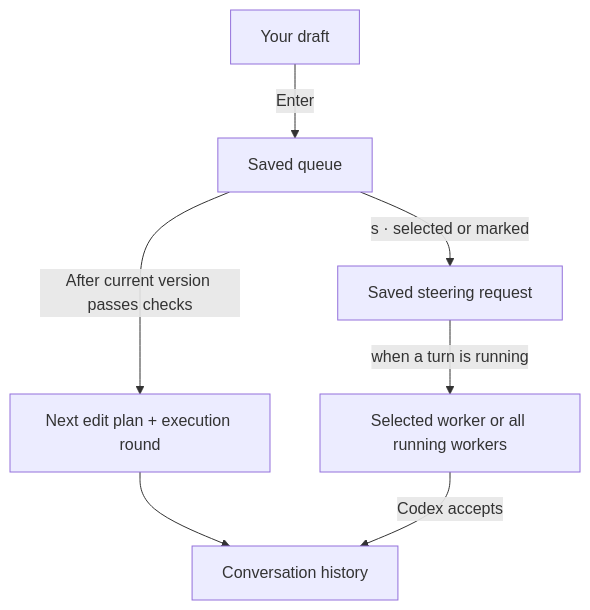
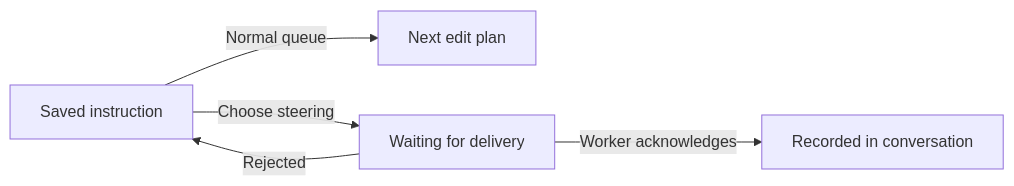
Before and after one commit to minimumeffort-dev/sprowt.harness: the diagram in docs/codemods.md, drawn with Mermaid. The commit also changed other lines of this file and 17 other files, not shown here.

````diff
--- a/docs/codemods.md
+++ b/docs/codemods.md
@@ -57,9 +64,7 @@
 ```mermaid
-flowchart TB
-    draft["Your draft"] -->|"Enter"| queue["Saved queue"]
-    queue -->|"After current version passes checks"| next["Next edit plan + execution round"]
-    queue -->|"s · selected or marked"| waiting["Saved steering request"]
-    waiting -->|"when a turn is running"| active["Selected worker or all running workers"]
-    next --> history["Conversation history"]
-    active -->|"Codex accepts"| history
+flowchart LR
+    queue["Saved instruction"] -->|"Normal queue"| next["Next edit plan"]
+    queue -->|"Choose steering"| waiting["Waiting for delivery"]
+    waiting -->|"Worker acknowledges"| history["Recorded in conversation"]
+    waiting -->|"Rejected"| queue
 ```
````
